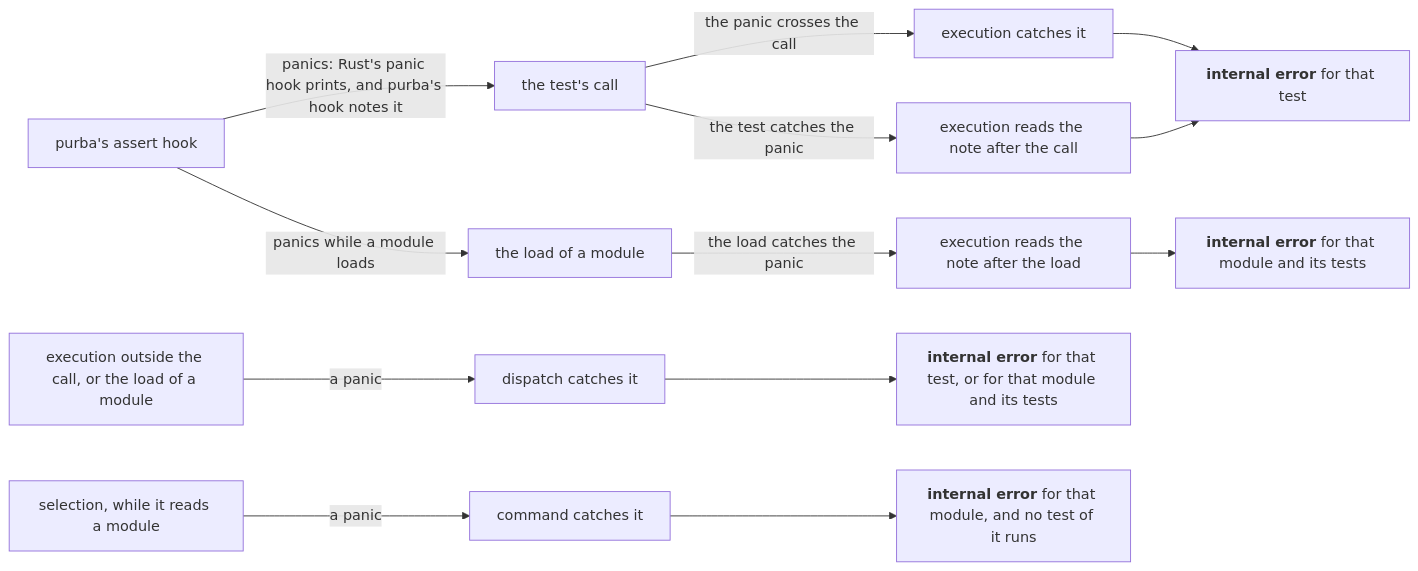
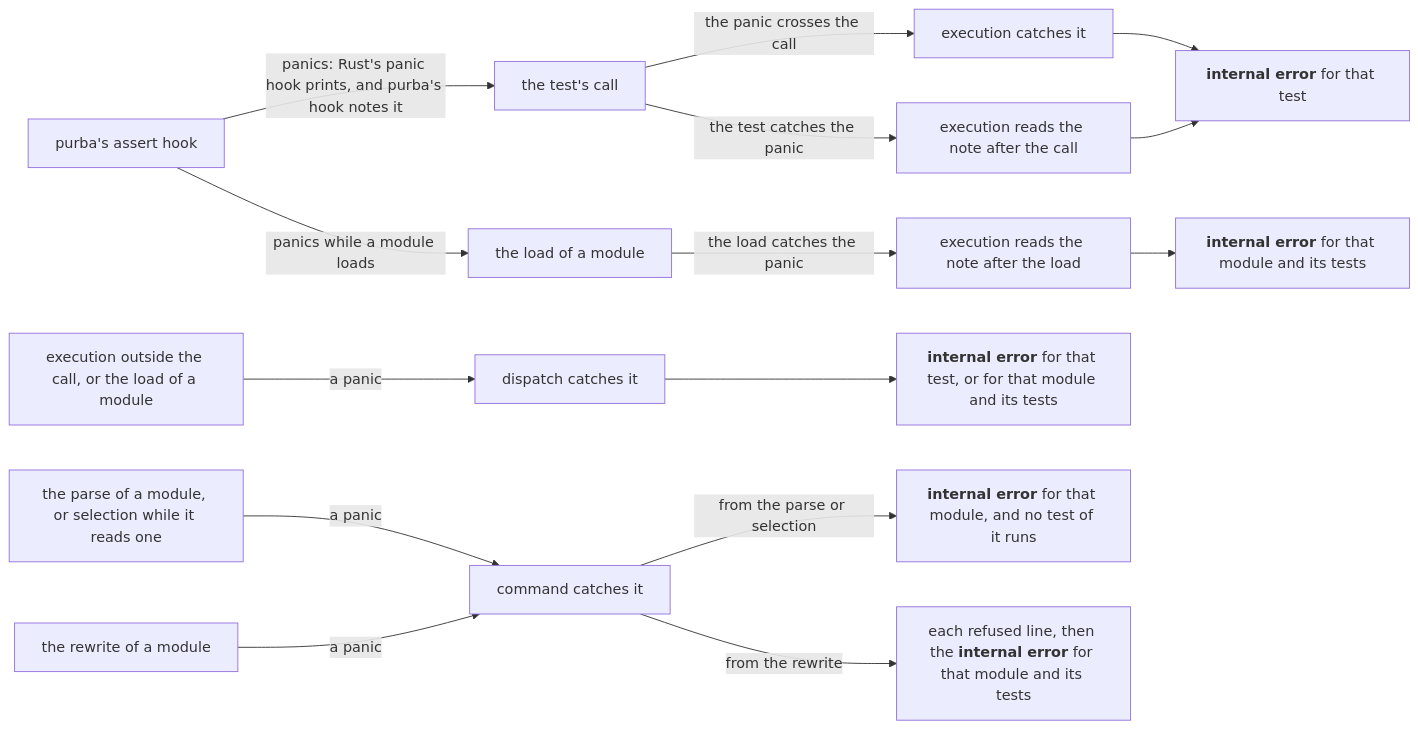
One commit to kalonji-tools/purba changed the diagram in docs/decisions/a-panic-inside-a-test-gives-that-test-an-internal-error.md. Above: the diagram before and after it, drawn with Mermaid. The commit also changed other lines of this file and 2 other files, not shown here.

Commit message:
docs: correct the records on a panic in the parse or the rewrite (#865)
The records said that parsing never panics, that command catches only a
panic in selection, and that dispatch hands each line after the refused
lines. Command now catches a panic in the parse and in the rewrite, and
after a panic in the rewrite it hands reporting the module's line and
each test as blocked.

````diff
--- a/docs/decisions/a-panic-inside-a-test-gives-that-test-an-internal-error.md
+++ b/docs/decisions/a-panic-inside-a-test-gives-that-test-an-internal-error.md
@@ -33,15 +33,17 @@
 ```mermaid
 flowchart LR
   hook["purba's assert hook"] -- "panics: Rust's panic hook prints, and purba's hook notes it" --> testcall["the test's call"]
   testcall -- "the panic crosses the call" --> execution["execution catches it"]
   testcall -- "the test catches the panic" --> note["execution reads the note after the call"]
   hook -- "panics while a module loads" --> moduleload["the load of a module"]
   moduleload -- "the load catches the panic" --> loadnote["execution reads the note after the load"]
   other["execution outside the call, or the load of a module"] -- "a panic" --> dispatch["dispatch catches it"]
   execution --> test["<b>internal error</b> for that test"]
   note --> test
   loadnote --> loaderror["<b>internal error</b> for that module and its tests"]
   dispatch --> either["<b>internal error</b> for that test, or for that module and its tests"]
-  selection["selection, while it reads a module"] -- "a panic" --> command["command catches it"]
-  command --> module["<b>internal error</b> for that module, and no test of it runs"]
+  before["the parse of a module, or selection while it reads one"] -- "a panic" --> command["command catches it"]
+  rewrite["the rewrite of a module"] -- "a panic" --> command
+  command -- "from the parse or selection" --> module["<b>internal error</b> for that module, and no test of it runs"]
+  command -- "from the rewrite" --> rewritten["each refused line, then the <b>internal error</b> for that module and its tests"]
 ```
````
